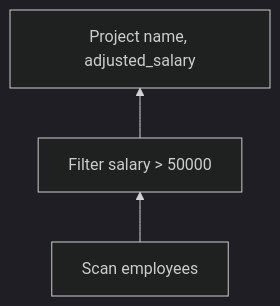
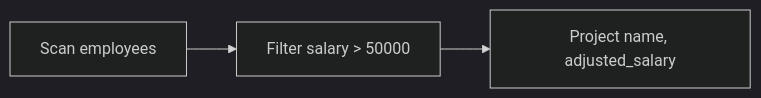
Before and after one commit to rchaocai/mini-spark: the fifth of 7 diagrams in content/docs/03-part3/ch12-dataframe-future.md, drawn with Mermaid (dark theme). The commit also changed other lines of this file, not shown here.

````diff
--- a/content/docs/03-part3/ch12-dataframe-future.md
+++ b/content/docs/03-part3/ch12-dataframe-future.md
@@ -707,5 +717,5 @@
 ```mermaid
-flowchart BT
+flowchart LR
     Scan["Scan employees"] --> Filter["Filter salary > 50000"]
     Filter --> Project["Project name, adjusted_salary"]
 ```
````
